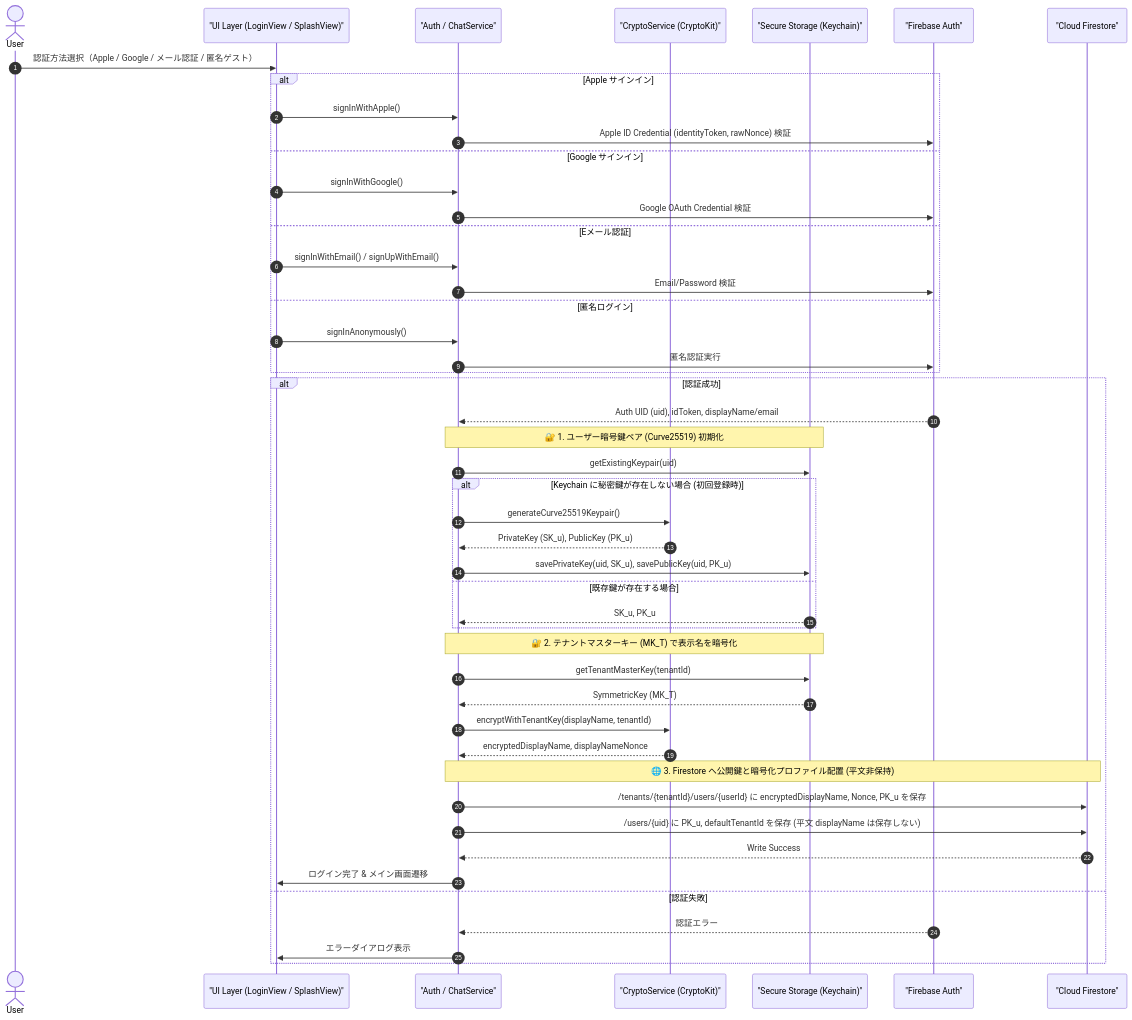
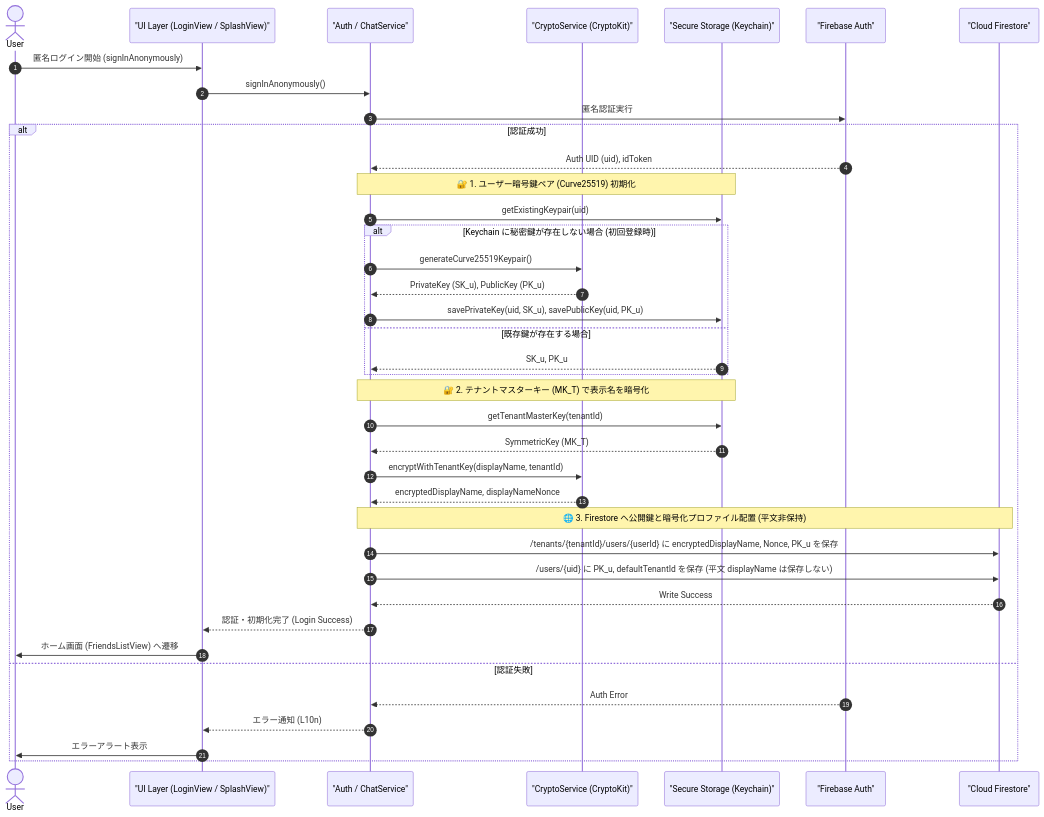
The diagram in doc/07-detailed-usecases/07-02-user-registration-login.md (kantowork/friends), drawn with Mermaid before and after one commit. The commit also changed other lines of this file and 13 other files, not shown here.

Commit message:
refactor: remove Apple authentication and email-based login flows from the codebase

````diff
--- a/doc/07-detailed-usecases/07-02-user-registration-login.md
+++ b/doc/07-detailed-usecases/07-02-user-registration-login.md
@@ -10,57 +10,48 @@
 ```mermaid
 sequenceDiagram
     autonumber
     actor User
     participant UI as "UI Layer (LoginView / SplashView)"
     participant AuthController as "Auth / ChatService"
     participant CryptoService as "CryptoService (CryptoKit)"
     participant Keychain as "Secure Storage (Keychain)"
     participant FirebaseAuth as "Firebase Auth"
     participant Firestore as "Cloud Firestore"
 
-    User->>UI: 認証方法選択（Apple / Google / メール認証 / 匿名ゲスト）
-    alt Apple サインイン
-        UI->>AuthController: signInWithApple()
-        AuthController->>FirebaseAuth: Apple ID Credential (identityToken, rawNonce) 検証
-    else Google サインイン
-        UI->>AuthController: signInWithGoogle()
-        AuthController->>FirebaseAuth: Google OAuth Credential 検証
-    else Eメール認証
-        UI->>AuthController: signInWithEmail() / signUpWithEmail()
-        AuthController->>FirebaseAuth: Email/Password 検証
-    else 匿名ログイン
-        UI->>AuthController: signInAnonymously()
-        AuthController->>FirebaseAuth: 匿名認証実行
-    end
+    User->>UI: 匿名ログイン開始 (signInAnonymously)
+    UI->>AuthController: signInAnonymously()
+    AuthController->>FirebaseAuth: 匿名認証実行
 
     alt 認証成功
-        FirebaseAuth-->>AuthController: Auth UID (uid), idToken, displayName/email
+        FirebaseAuth-->>AuthController: Auth UID (uid), idToken
         
         Note over AuthController,Keychain: 🔐 1. ユーザー暗号鍵ペア (Curve25519) 初期化
         AuthController->>Keychain: getExistingKeypair(uid)
         
         alt Keychain に秘密鍵が存在しない場合 (初回登録時)
             AuthController->>CryptoService: generateCurve25519Keypair()
             CryptoService-->>AuthController: PrivateKey (SK_u), PublicKey (PK_u)
             AuthController->>Keychain: savePrivateKey(uid, SK_u), savePublicKey(uid, PK_u)
         else 既存鍵が存在する場合
             Keychain-->>AuthController: SK_u, PK_u
         end
 
         Note over AuthController,Keychain: 🔐 2. テナントマスターキー (MK_T) で表示名を暗号化
         AuthController->>Keychain: getTenantMasterKey(tenantId)
         Keychain-->>AuthController: SymmetricKey (MK_T)
         AuthController->>CryptoService: encryptWithTenantKey(displayName, tenantId)
         CryptoService-->>AuthController: encryptedDisplayName, displayNameNonce
 
         Note over AuthController,Firestore: 🌐 3. Firestore へ公開鍵と暗号化プロファイル配置 (平文非保持)
         AuthController->>Firestore: /tenants/{tenantId}/users/{userId} に encryptedDisplayName, Nonce, PK_u を保存
         AuthController->>Firestore: /users/{uid} に PK_u, defaultTenantId を保存 (平文 displayName は保存しない)
         Firestore-->>AuthController: Write Success
 
-        AuthController->>UI: ログイン完了 & メイン画面遷移
+        AuthController-->>UI: 認証・初期化完了 (Login Success)
+        UI->>User: ホーム画面 (FriendsListView) へ遷移
     else 認証失敗
-        FirebaseAuth-->>AuthController: 認証エラー
-        AuthController->>UI: エラーダイアログ表示
+        FirebaseAuth-->>AuthController: Auth Error
+        AuthController-->>UI: エラー通知 (L10n)
+        UI->>User: エラーアラート表示
     end
 ```
````
